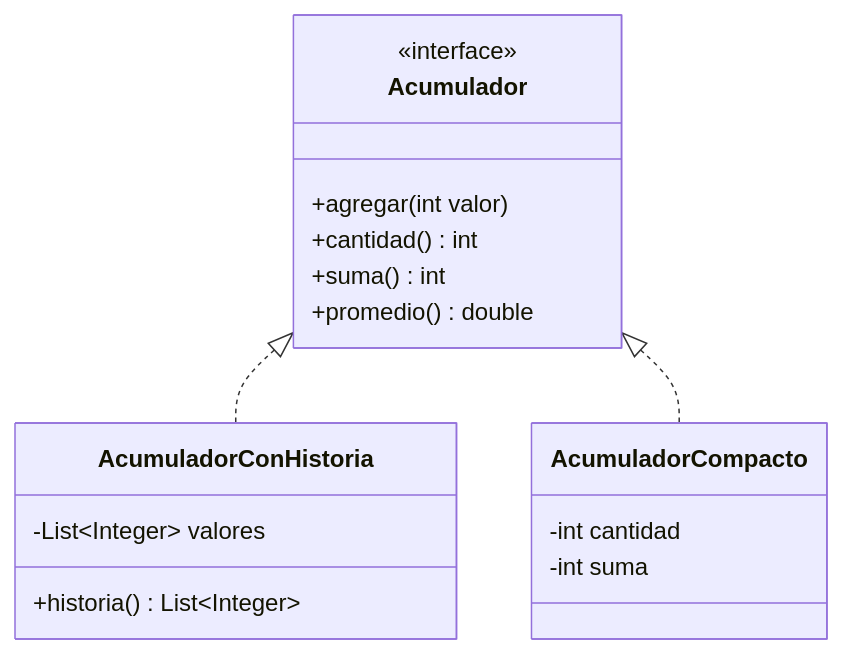
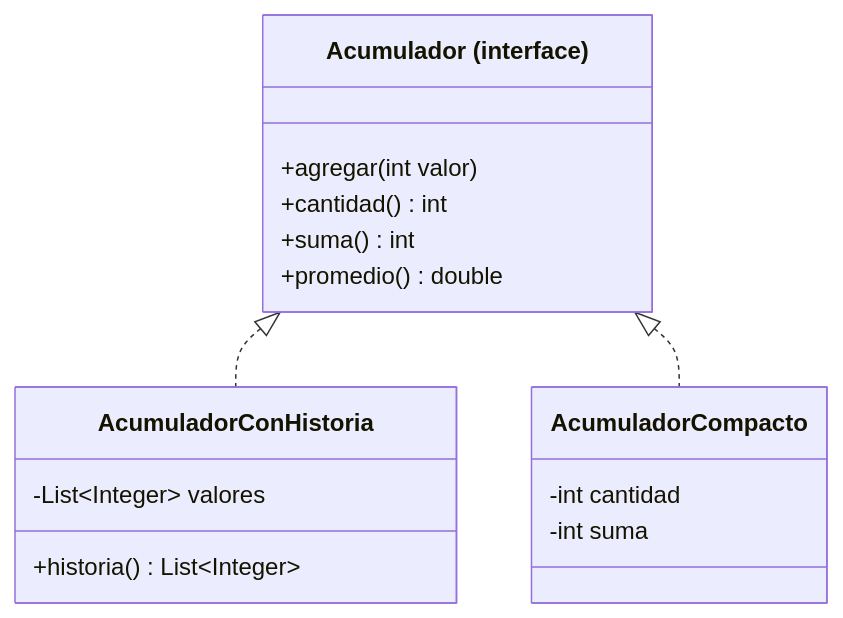
Before and after one commit to djaimej/computer-science-template: the diagram in public/documents/semester-1/3/1341.md, drawn with Mermaid. The commit also changed 3 other files, not shown here.

Commit message:
[FIX]: mermaid <<>>

````diff
--- a/public/documents/semester-1/3/1341.md
+++ b/public/documents/semester-1/3/1341.md
@@ -76,20 +76,19 @@
 ```mermaid
 classDiagram
-  class Acumulador {
-    <<interface>>
+  class Acumulador["Acumulador (interface)"] {
     +agregar(int valor)
     +cantidad() int
     +suma() int
     +promedio() double
   }
   class AcumuladorConHistoria {
     -List~Integer~ valores
     +historia() List~Integer~
   }
   class AcumuladorCompacto {
     -int cantidad
     -int suma
   }
   Acumulador <|.. AcumuladorConHistoria
   Acumulador <|.. AcumuladorCompacto
 ```
````
